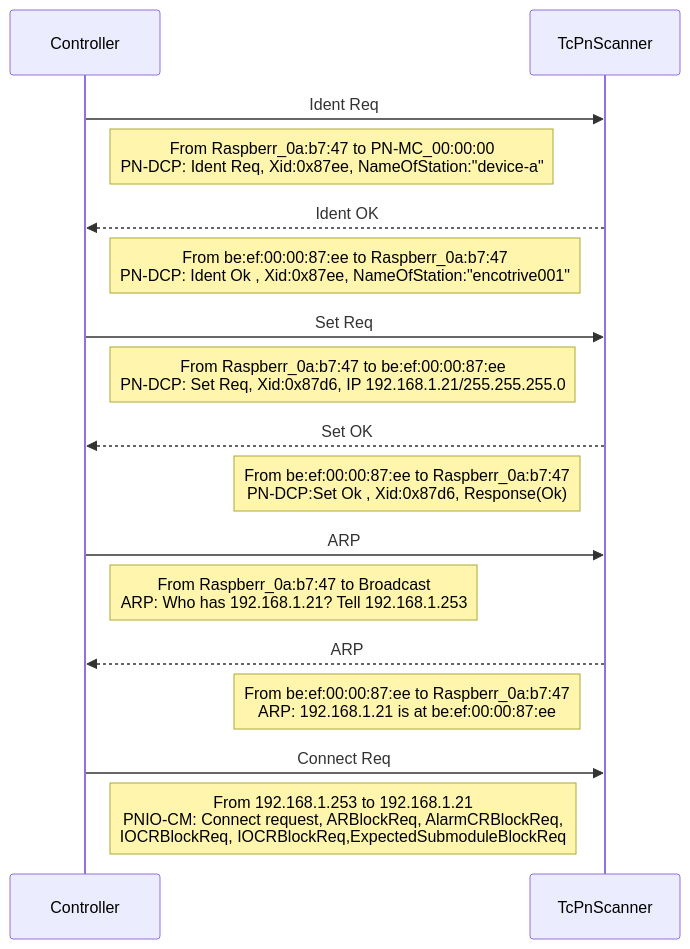
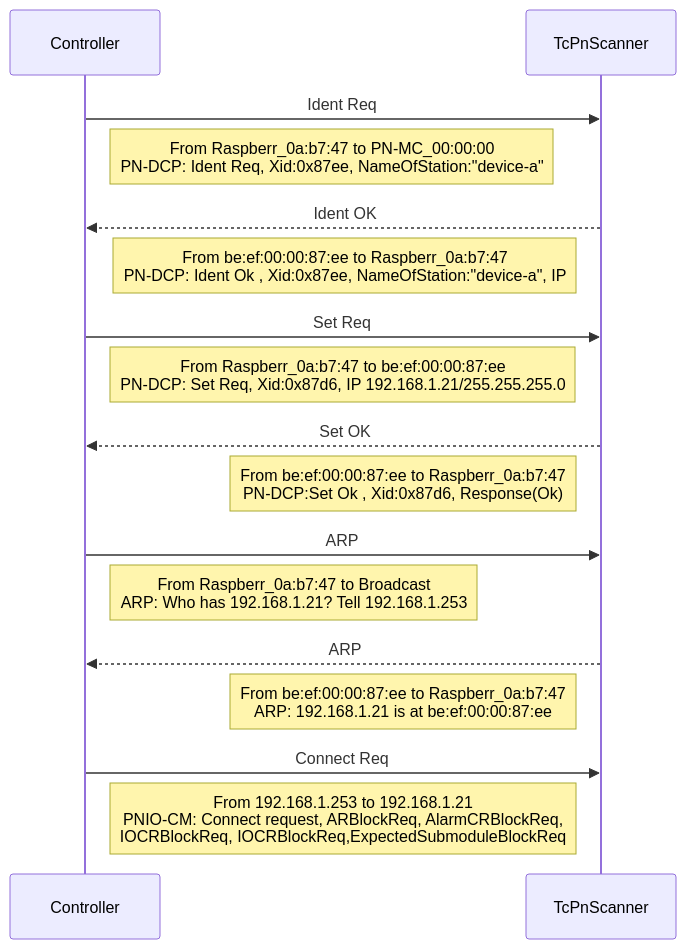
Before and after one commit to TcHaxx/TcPnScanner: the diagram in README.md, drawn with Mermaid.

Commit message:
docs([no ci]): Update sequence diagram

````diff
--- a/README.md
+++ b/README.md
@@ -20,17 +20,17 @@
 ```mermaid
 sequenceDiagram
     Controller ->> TcPnScanner: Ident Req
     Note right of Controller: From Raspberr_0a:b7:47 to PN-MC_00:00:00 <br/>PN-DCP:	Ident Req, Xid:0x87ee, NameOfStation:"device-a"
     TcPnScanner-->>Controller: Ident OK
-    Note left of TcPnScanner: From be:ef:00:00:87:ee to Raspberr_0a:b7:47 <br/>PN-DCP: Ident Ok , Xid:0x87ee, NameOfStation:"encotrive001"
+    Note left of TcPnScanner: From be:ef:00:00:87:ee to Raspberr_0a:b7:47 <br/>PN-DCP: Ident Ok , Xid:0x87ee, NameOfStation:"device-a", IP
     Controller ->> TcPnScanner: Set Req
     Note right of Controller: From Raspberr_0a:b7:47 to be:ef:00:00:87:ee <br/>PN-DCP: Set Req, Xid:0x87d6, IP 192.168.1.21/255.255.255.0
     TcPnScanner-->>Controller: Set OK
     Note left of TcPnScanner: From be:ef:00:00:87:ee to Raspberr_0a:b7:47 <br/>PN-DCP:Set Ok , Xid:0x87d6, Response(Ok)
     Controller ->> TcPnScanner: ARP
     Note right of Controller: From Raspberr_0a:b7:47 to Broadcast<br/>ARP: Who has 192.168.1.21? Tell 192.168.1.253
     TcPnScanner-->>Controller: ARP
     Note left of TcPnScanner: From be:ef:00:00:87:ee to Raspberr_0a:b7:47<br/>ARP: 192.168.1.21 is at be:ef:00:00:87:ee
     Controller ->> TcPnScanner: Connect Req
     Note right of Controller: From 192.168.1.253 to 192.168.1.21 <br/>PNIO-CM: Connect request, ARBlockReq, AlarmCRBlockReq, <br/>IOCRBlockReq, IOCRBlockReq,ExpectedSubmoduleBlockReq
 ```
````
